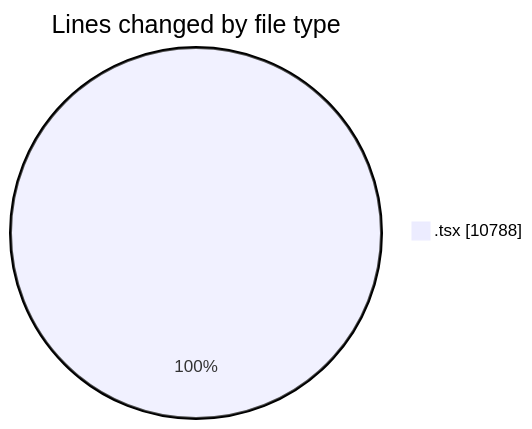
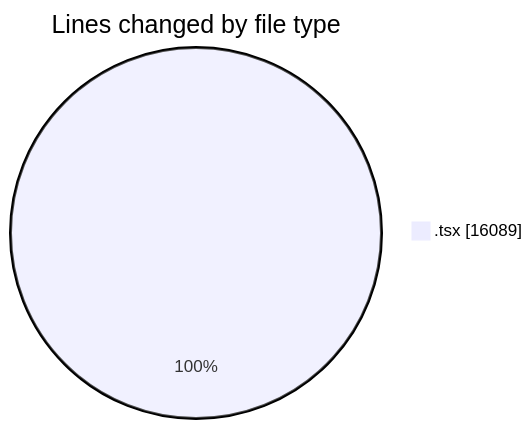
The first of 2 diagrams in 2026-08-23/nxtqube_webapp/README.md (nxtqubesakshisongat/code-tracking), drawn with Mermaid before and after one commit. The commit also changed other lines of this file and 1 other file, not shown here.

````diff
--- a/2026-08-23/nxtqube_webapp/README.md
+++ b/2026-08-23/nxtqube_webapp/README.md
@@ -32,5 +42,5 @@
 ```mermaid
 pie showData
 title Lines changed by file type
-".tsx" : 10788
+".tsx" : 16089
 ```
````
